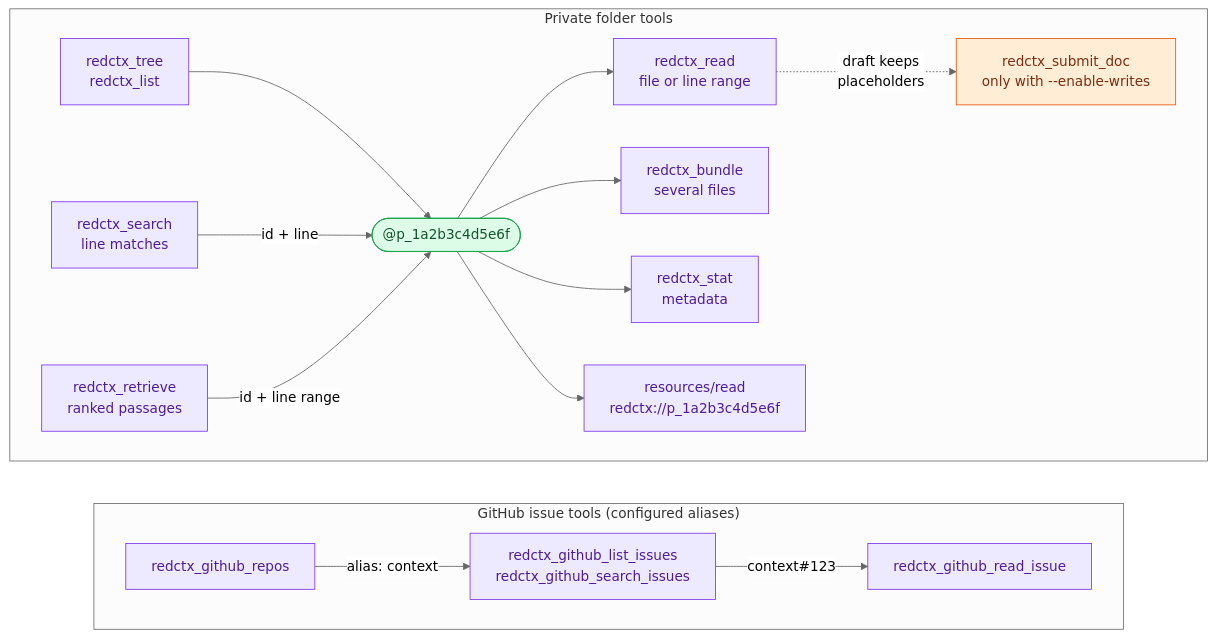
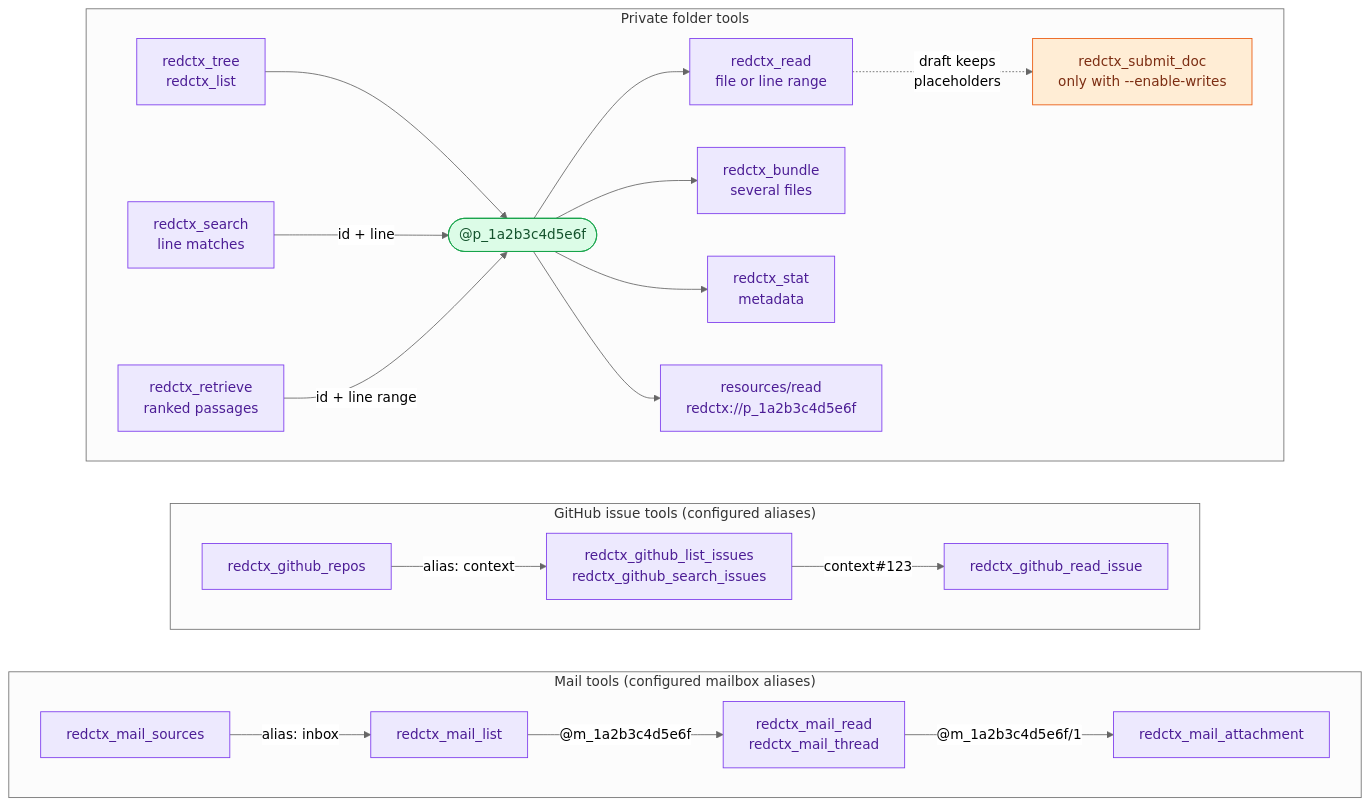
Before and after one commit to zoltan0803/redacted-context-mcp: the fifth of 12 diagrams in README.md, drawn with Mermaid (neutral theme). The commit also changed other lines of this file and 7 other files, not shown here.

First line of the commit message:
docs: document the read-only mail source

````diff
--- a/README.md
+++ b/README.md
@@ -483,39 +491,50 @@
 ```mermaid
 flowchart TB
     subgraph FILES["Private folder tools"]
         direction LR
         TREE["redctx_tree<br/>redctx_list"]
         SEARCH["redctx_search<br/>line matches"]
         RETR["redctx_retrieve<br/>ranked passages"]
         ID(["@p_1a2b3c4d5e6f"])
         RD["redctx_read<br/>file or line range"]
         BUN["redctx_bundle<br/>several files"]
         STAT["redctx_stat<br/>metadata"]
         RES["resources/read<br/>redctx://p_1a2b3c4d5e6f"]
         SUBMIT["redctx_submit_doc<br/>only with --enable-writes"]
         TREE --> ID
         SEARCH -->|"id + line"| ID
         RETR -->|"id + line range"| ID
         ID --> RD
         ID --> BUN
         ID --> STAT
         ID --> RES
         RD -.->|"draft keeps<br/>placeholders"| SUBMIT
     end
     subgraph GHUB["GitHub issue tools (configured aliases)"]
         direction LR
         REPOS["redctx_github_repos"]
         GLIST["redctx_github_list_issues<br/>redctx_github_search_issues"]
         GREAD["redctx_github_read_issue"]
         REPOS -->|"alias: context"| GLIST
         GLIST -->|"context#123"| GREAD
     end
+    subgraph MAILT["Mail tools (configured mailbox aliases)"]
+        direction LR
+        MSRC["redctx_mail_sources"]
+        MLIST["redctx_mail_list"]
+        MREAD["redctx_mail_read<br/>redctx_mail_thread"]
+        MATT["redctx_mail_attachment"]
+        MSRC -->|"alias: inbox"| MLIST
+        MLIST -->|"@m_1a2b3c4d5e6f"| MREAD
+        MREAD -->|"@m_1a2b3c4d5e6f/1"| MATT
+    end
     FILES ~~~ GHUB
+    GHUB ~~~ MAILT
 
     classDef step fill:#ede9fe,stroke:#7c3aed,color:#4c1d95
     classDef safe fill:#dcfce7,stroke:#16a34a,color:#14532d
     classDef human fill:#ffedd5,stroke:#ea580c,color:#7c2d12
-    class TREE,SEARCH,RETR,RD,BUN,STAT,RES,REPOS,GLIST,GREAD step
+    class TREE,SEARCH,RETR,RD,BUN,STAT,RES,REPOS,GLIST,GREAD,MSRC,MLIST,MREAD,MATT step
     class ID safe
     class SUBMIT human
 ```
````
